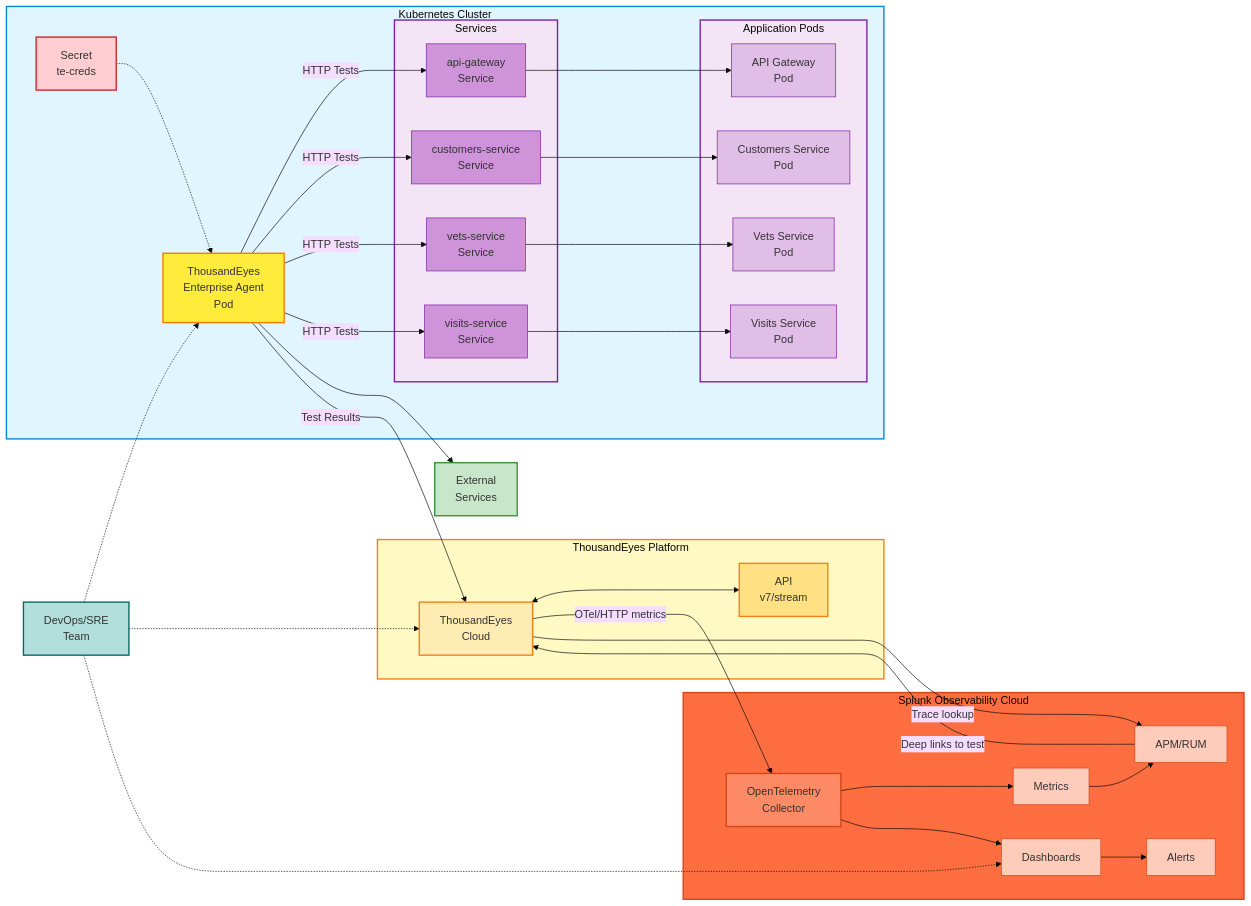
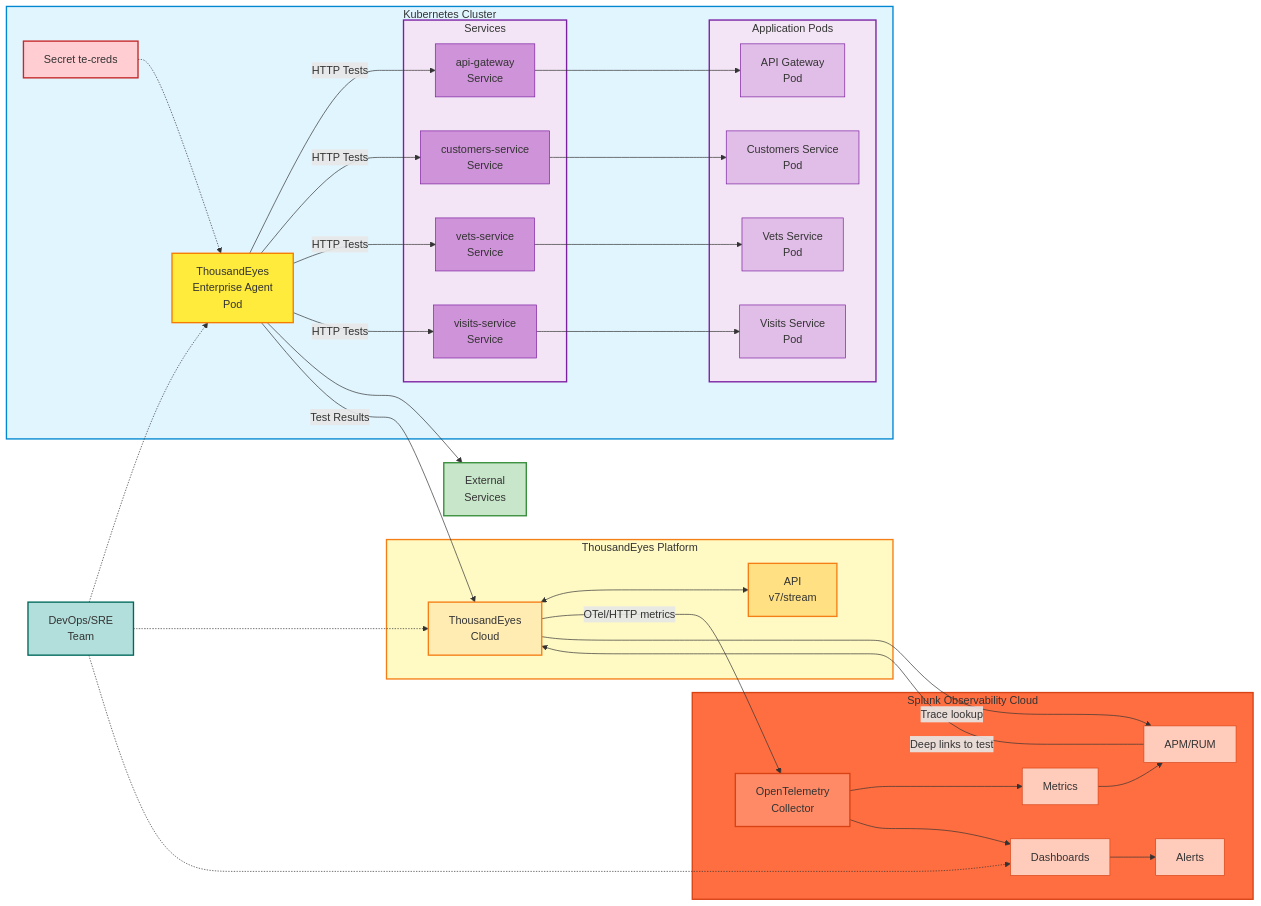
Before and after one commit to splunk/observability-workshop: the diagram in content/ja/scenarios/thousandeyes-integration/1-overview/_index.md, drawn with Mermaid. The commit also changed other lines of this file and 547 other files, not shown here.

````diff
--- a/content/ja/scenarios/thousandeyes-integration/1-overview/_index.md
+++ b/content/ja/scenarios/thousandeyes-integration/1-overview/_index.md
@@ -34,32 +34,25 @@
 ```mermaid
----
-config:
-  theme: 'base'
----
 graph LR
     subgraph k8s["Kubernetes Cluster"]
-        secret["Secret<br/>te-creds"]
-        agent["ThousandEyes<br/>Enterprise Agent<br/>Pod"]
-        
+        secret["Secret te-creds"]
+        agent["ThousandEyes<br>Enterprise Agent<br>Pod"]
         subgraph apps["Application Pods"]
             api["API Gateway<br/>Pod"]
             customers["Customers Service<br/>Pod"]
             vets["Vets Service<br/>Pod"]
             visits["Visits Service<br/>Pod"]
         end
-        
         subgraph svcs["Services"]
             api_svc["api-gateway<br/>Service"]
             customers_svc["customers-service<br/>Service"]
             vets_svc["vets-service<br/>Service"]
             visits_svc["visits-service<br/>Service"]
         end
-        
         api_svc --> api
         customers_svc --> customers
         vets_svc --> vets
         visits_svc --> visits
-        
+
         secret -.-> agent
         agent -->|"HTTP Tests"| api_svc
         agent -->|"HTTP Tests"| customers_svc
````
